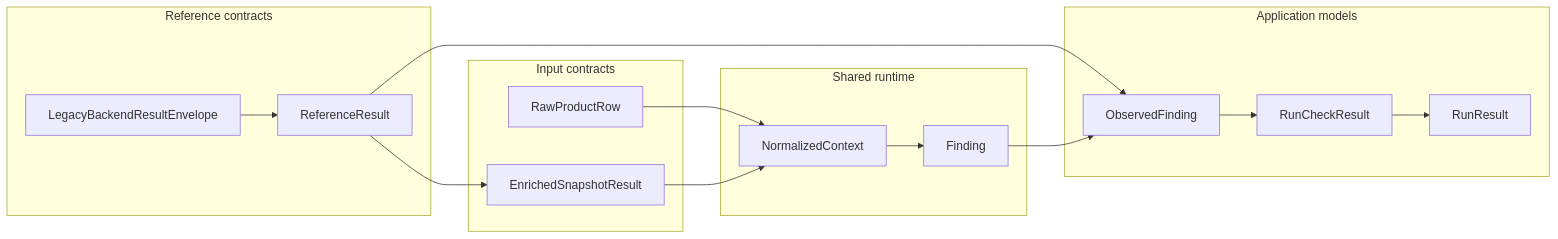
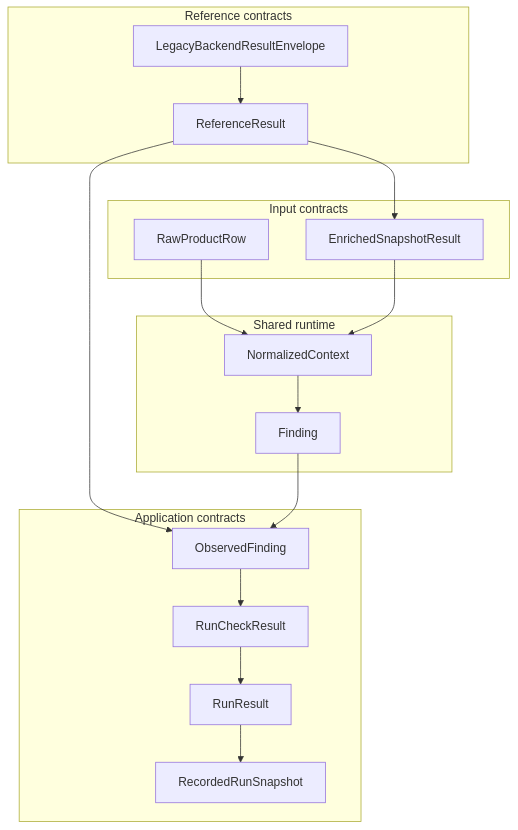
One commit to bobcorn/openfoodfacts-data-quality changed the diagram in docs/reference/data-contracts.md. Above: the diagram before and after it, drawn with Mermaid. The commit also changed other lines of this file and 60 other files, not shown here.

````diff
--- a/docs/reference/data-contracts.md
+++ b/docs/reference/data-contracts.md
@@ -9,32 +9,33 @@
 ```mermaid
-flowchart LR
-    subgraph INPUTS["Input contracts"]
-        A["RawProductRow"]
-        B["EnrichedSnapshotResult"]
+flowchart TB
+    subgraph REF["Reference contracts"]
+        A["LegacyBackendResultEnvelope"]
+        B["ReferenceResult"]
+        A --> B
     end
 
-    subgraph REF["Reference contracts"]
-        C["LegacyBackendResultEnvelope"]
-        D["ReferenceResult"]
-        C --> D
+    subgraph INPUTS["Input contracts"]
+        C["RawProductRow"]
+        D["EnrichedSnapshotResult"]
     end
 
     subgraph RT["Shared runtime"]
         E["NormalizedContext"]
         F["Finding"]
         E --> F
     end
 
-    subgraph APP["Application models"]
+    subgraph APP["Application contracts"]
         G["ObservedFinding"]
         H["RunCheckResult"]
         I["RunResult"]
-        G --> H --> I
+        J["RecordedRunSnapshot"]
+        G --> H --> I --> J
     end
 
-    A --> E
-    B --> E
-    D --> B
-    D --> G
+    B --> D
+    C --> E
+    D --> E
+    B --> G
     F --> G
 ```
````
